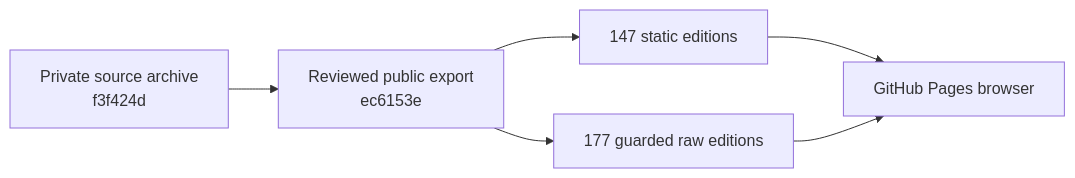
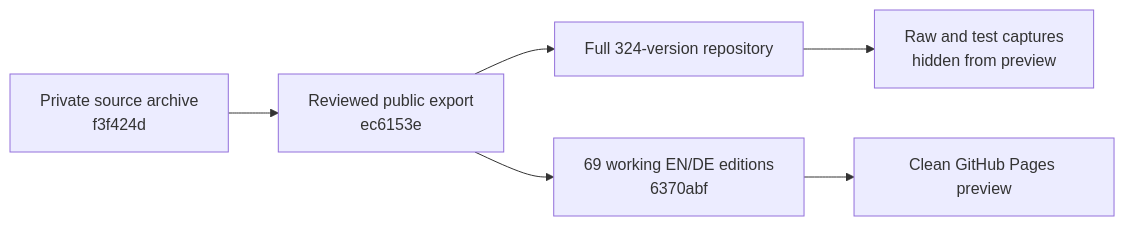
One commit to nuri-com/nuri-website-history changed the first of 2 diagrams in README.md. Above: the diagram before and after it, drawn with Mermaid. The commit also changed other lines of this file and 2 other files, not shown here.

First line of the commit message:
docs: record curated bilingual preview

````diff
--- a/README.md
+++ b/README.md
@@ -14,8 +14,8 @@
 ```mermaid
 flowchart LR
   A["Private source archive<br/>f3f424d"] --> B["Reviewed public export<br/>ec6153e"]
-  B --> C["147 static editions"]
-  B --> D["177 guarded raw editions"]
-  C --> E["GitHub Pages browser"]
-  D --> E
+  B --> C["Full 324-version repository"]
+  B --> D["69 working EN/DE editions<br/>6370abf"]
+  D --> E["Clean GitHub Pages preview"]
+  C --> F["Raw and test captures<br/>hidden from preview"]
 ```
````
